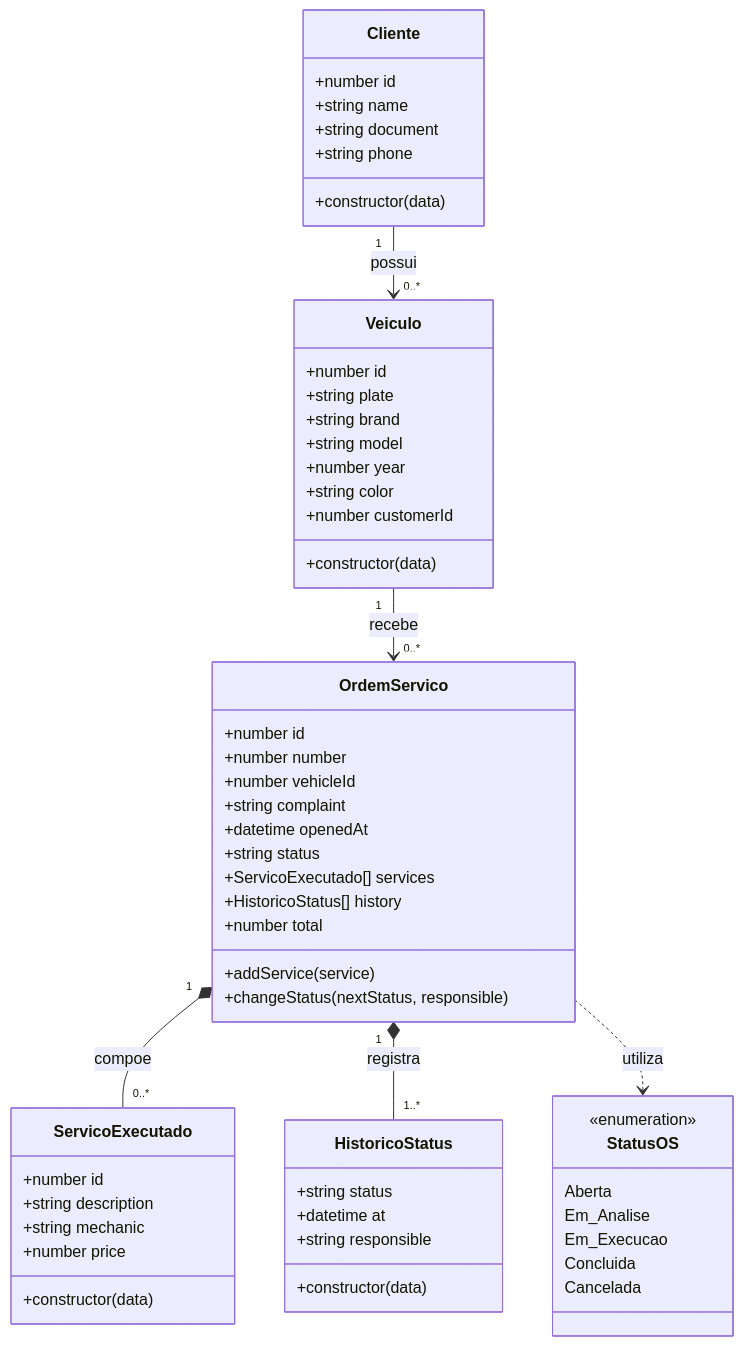
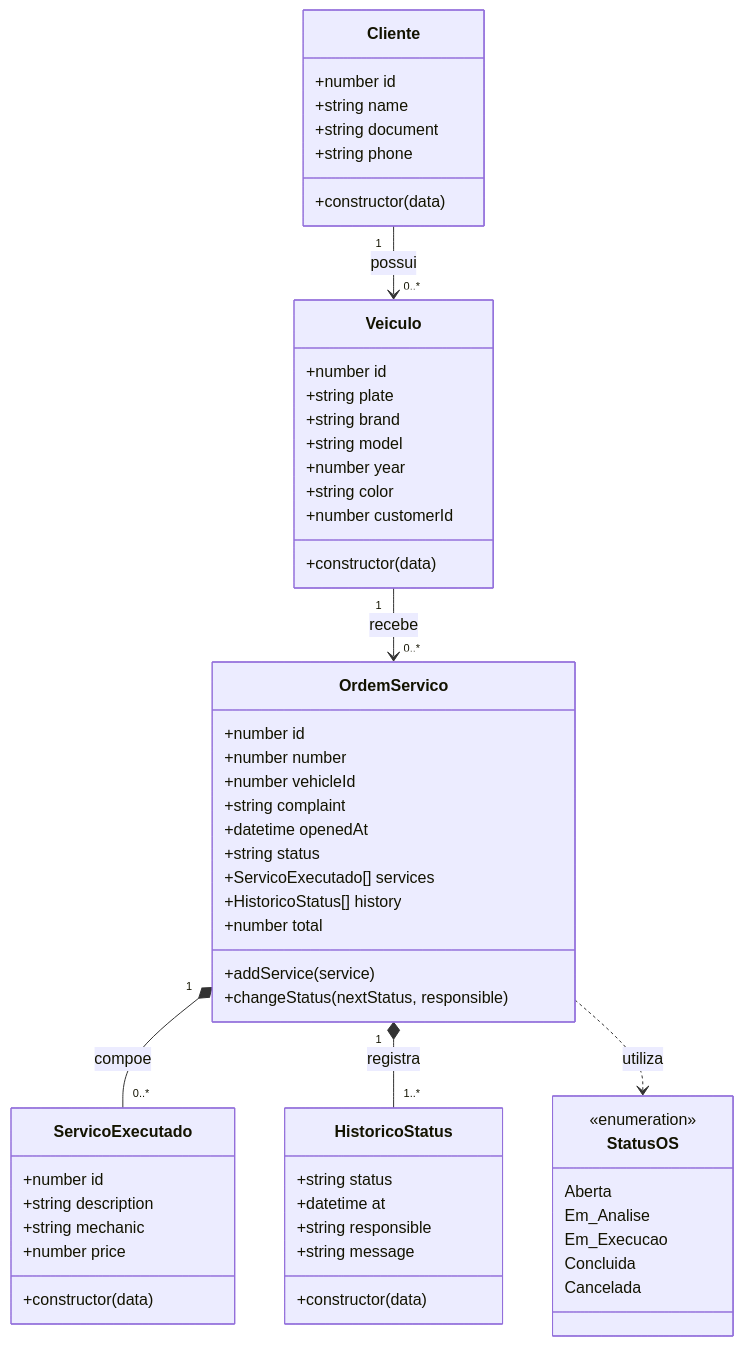
Before and after one commit to franciscanacintra-lang/oficina_mecanica: the diagram in docs/uml.md, drawn with Mermaid. The commit also changed other lines of this file and 3 other files, not shown here.

````diff
--- a/docs/uml.md
+++ b/docs/uml.md
@@ -19,60 +19,61 @@
 ```mermaid
 classDiagram
     class Cliente {
         +number id
         +string name
         +string document
         +string phone
         +constructor(data)
     }
     class Veiculo {
         +number id
         +string plate
         +string brand
         +string model
         +number year
         +string color
         +number customerId
         +constructor(data)
     }
     class OrdemServico {
         +number id
         +number number
         +number vehicleId
         +string complaint
         +datetime openedAt
         +string status
         +ServicoExecutado[] services
         +HistoricoStatus[] history
         +number total
         +addService(service)
         +changeStatus(nextStatus, responsible)
     }
     class ServicoExecutado {
         +number id
         +string description
         +string mechanic
         +number price
         +constructor(data)
     }
     class HistoricoStatus {
         +string status
         +datetime at
         +string responsible
+        +string message
         +constructor(data)
     }
     class StatusOS {
         <<enumeration>>
         Aberta
         Em_Analise
         Em_Execucao
         Concluida
         Cancelada
     }
 
     Cliente "1" --> "0..*" Veiculo : possui
     Veiculo "1" --> "0..*" OrdemServico : recebe
     OrdemServico "1" *-- "0..*" ServicoExecutado : compoe
     OrdemServico "1" *-- "1..*" HistoricoStatus : registra
     OrdemServico ..> StatusOS : utiliza
 ```
````
